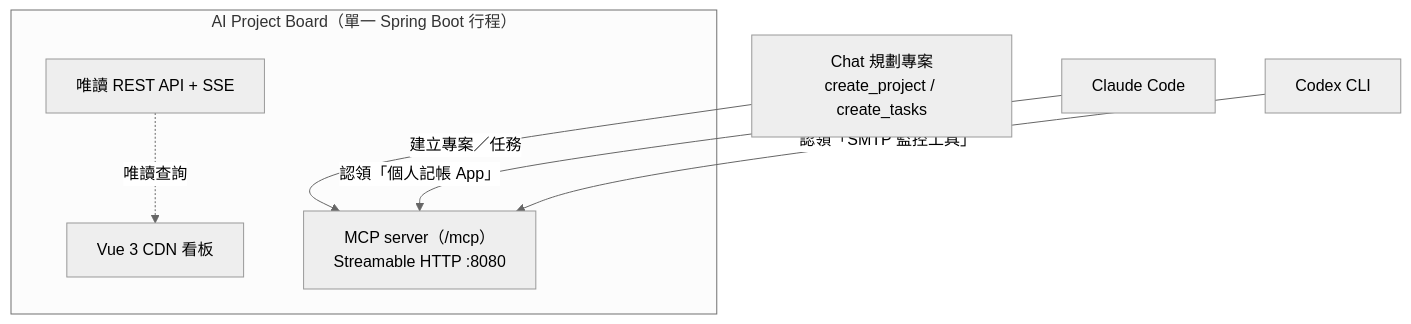
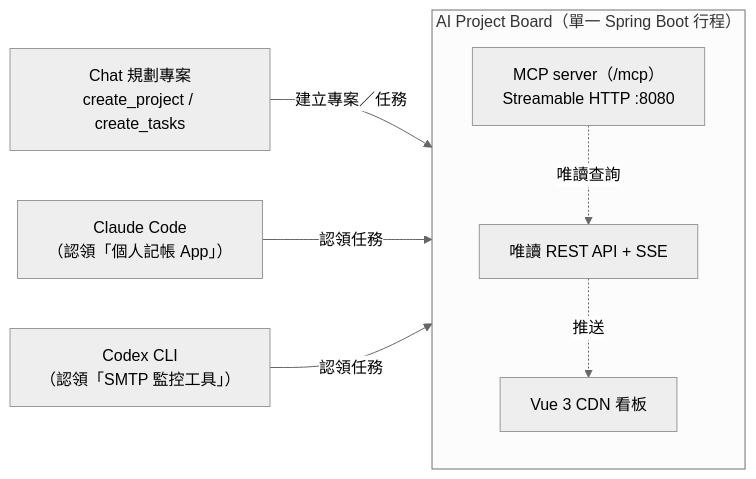
Before and after one commit to hpigu/AIProjectDashboard: the diagram in README.md, drawn with Mermaid (neutral theme). The commit also changed other lines of this file, not shown here.

First line of the commit message:
README: fix Mermaid diagram layout, clarify role agents aren't shipped

````diff
--- a/README.md
+++ b/README.md
@@ -5,18 +5,18 @@
 ```mermaid
-flowchart TB
+flowchart LR
     Chat["Chat 規劃專案<br/>create_project / create_tasks"]
+    ClaudeCode["Claude Code<br/>（認領「個人記帳 App」）"]
+    Codex["Codex CLI<br/>（認領「SMTP 監控工具」）"]
 
     subgraph Board["AI Project Board（單一 Spring Boot 行程）"]
+        direction TB
         MCP["MCP server（/mcp）<br/>Streamable HTTP :8080"]
         REST["唯讀 REST API + SSE"]
         UI["Vue 3 CDN 看板"]
+        MCP -.唯讀查詢.-> REST -.推送.-> UI
     end
 
-    ClaudeCode["Claude Code"]
-    Codex["Codex CLI"]
-
     Chat -->|建立專案／任務| MCP
-    ClaudeCode -->|認領「個人記帳 App」| MCP
-    Codex -->|認領「SMTP 監控工具」| MCP
-    REST -.唯讀查詢.-> UI
+    ClaudeCode -->|認領任務| MCP
+    Codex -->|認領任務| MCP
 ```
````
